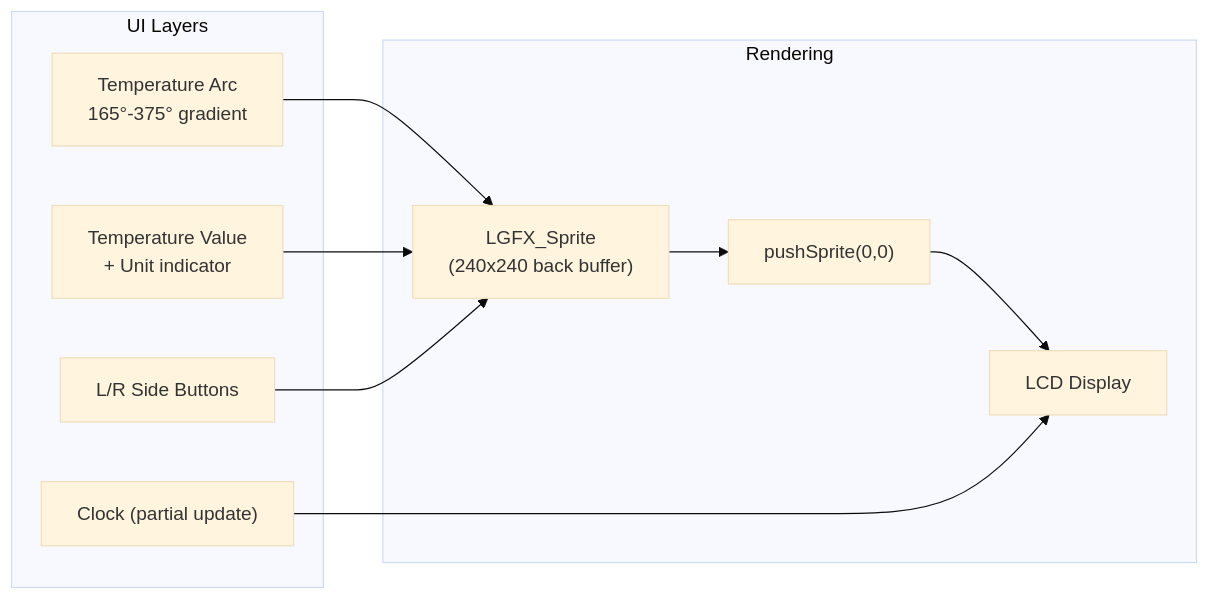
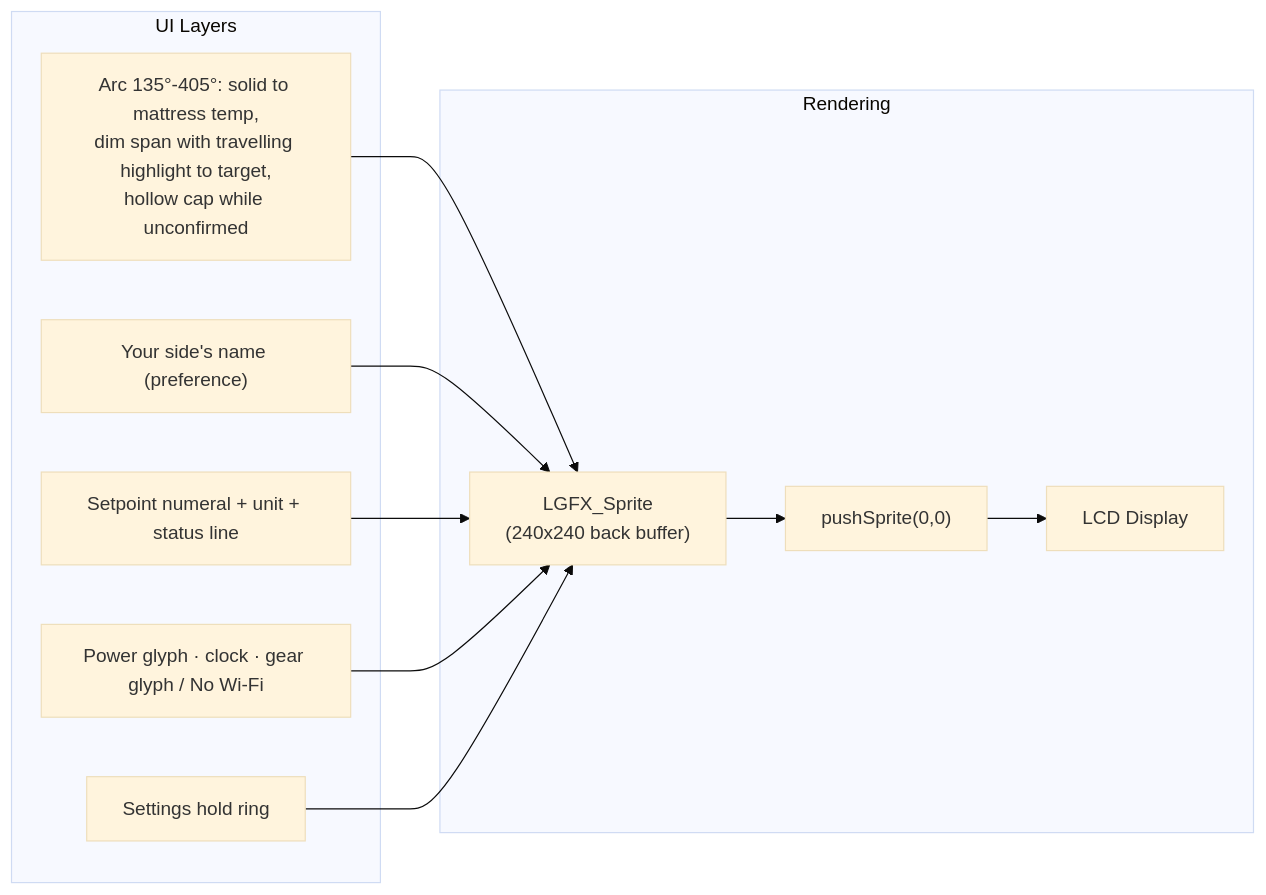
The fifth of 6 diagrams in docs/architecture.md (sleepypod/m5-rotary-dial), drawn with Mermaid (base theme) before and after one commit. The commit also changed other lines of this file and 28 other files, not shown here.

````diff
--- a/docs/architecture.md
+++ b/docs/architecture.md
@@ -136,14 +136,15 @@
 ```mermaid
 flowchart LR
     subgraph Rendering
         Sprite["LGFX_Sprite<br/>(240x240 back buffer)"] --> Push["pushSprite(0,0)"]
         Push --> LCD["LCD Display"]
     end
 
     subgraph "UI Layers"
-        Arc["Temperature Arc<br/>165°-375° gradient"] --> Sprite
-        Center["Temperature Value<br/>+ Unit indicator"] --> Sprite
-        Buttons["L/R Side Buttons"] --> Sprite
-        Clock["Clock (partial update)"] --> LCD
+        Arc["Arc 135°-405°: solid to mattress temp,<br/>dim span with travelling highlight to target,<br/>hollow cap while unconfirmed"] --> Sprite
+        Sides["Your side's name (preference)"] --> Sprite
+        Center["Setpoint numeral + unit + status line"] --> Sprite
+        Clock["Power glyph · clock · gear glyph / No Wi-Fi"] --> Sprite
+        Ring["Settings hold ring"] --> Sprite
     end
 ```
````
